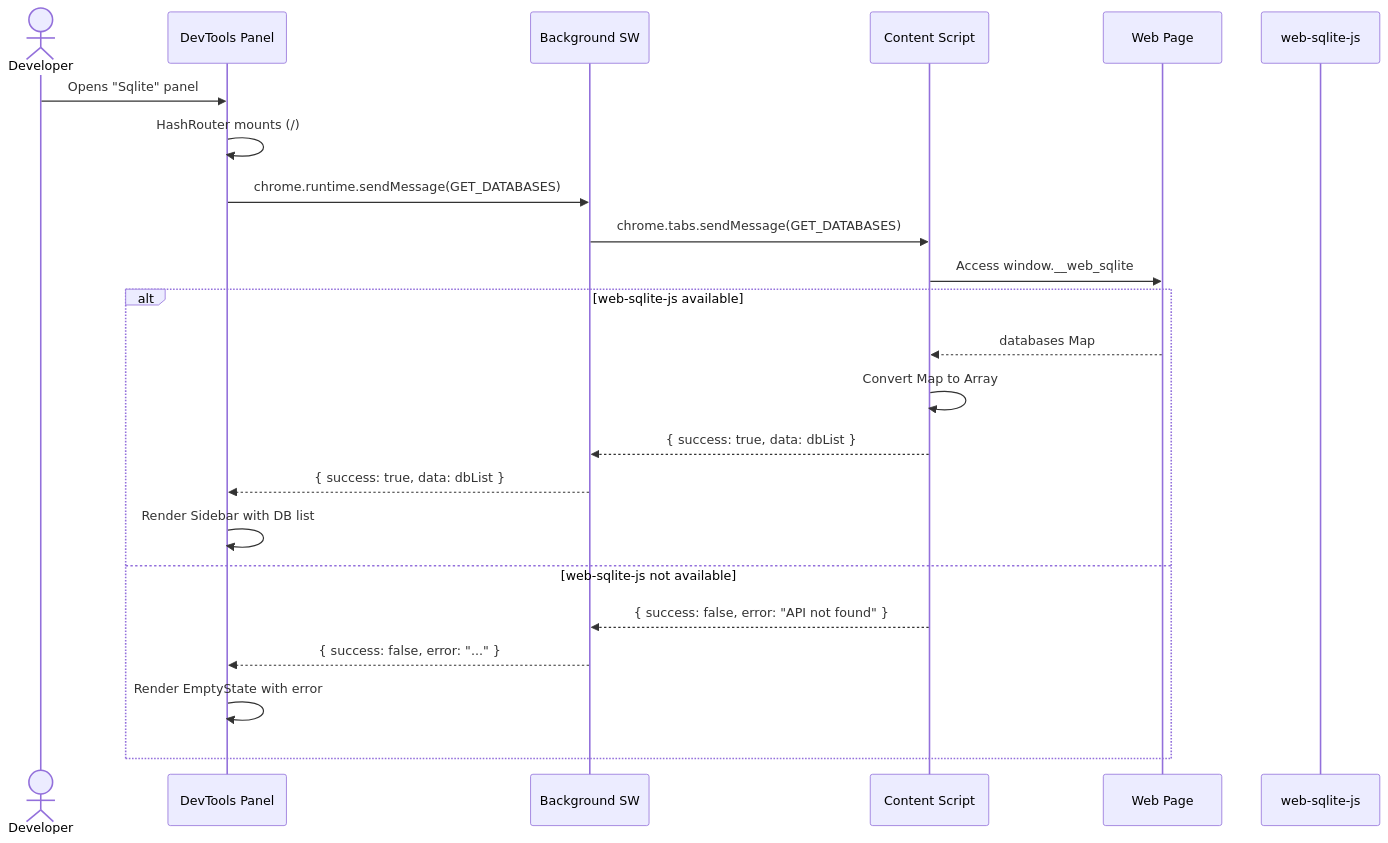
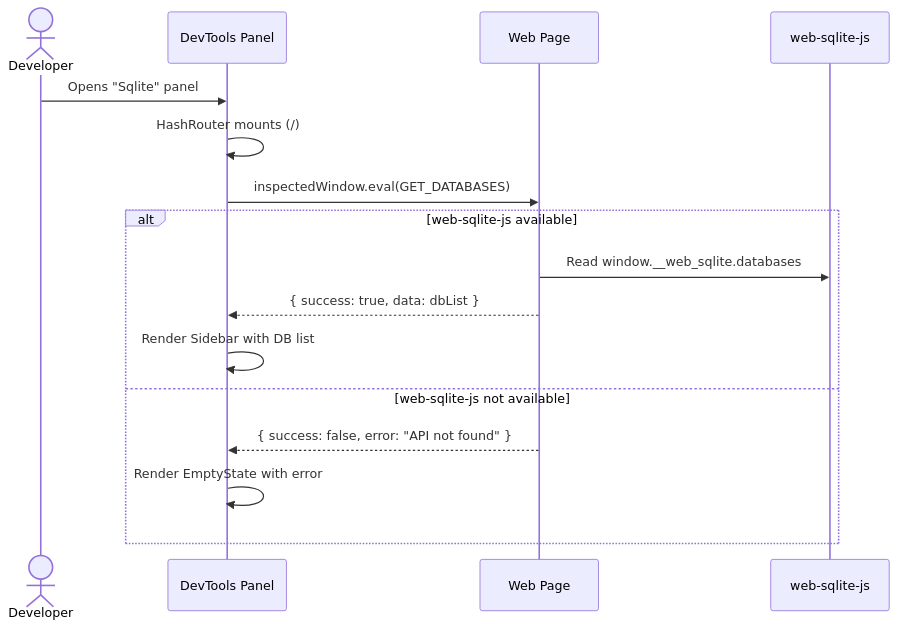
The first of 13 diagrams in agent-docs/03-architecture/02-dataflow.md (wuchuheng/web-sqlite-js-devtools), drawn with Mermaid before and after one commit. The commit also changed other lines of this file and 33 other files, not shown here.

First line of the commit message:
feat: refactor to inspectedWindow eval and complete TASK-05

````diff
--- a/agent-docs/03-architecture/02-dataflow.md
+++ b/agent-docs/03-architecture/02-dataflow.md
@@ -22,26 +25,19 @@
 ```mermaid
 sequenceDiagram
     actor Dev as Developer
     participant Panel as DevTools Panel
-    participant BG as Background SW
-    participant CS as Content Script
     participant Page as Web Page
     participant DB as web-sqlite-js
 
     Dev->>Panel: Opens "Sqlite" panel
     Panel->>Panel: HashRouter mounts (/)
-    Panel->>BG: chrome.runtime.sendMessage(GET_DATABASES)
-    BG->>CS: chrome.tabs.sendMessage(GET_DATABASES)
-    CS->>Page: Access window.__web_sqlite
+    Panel->>Page: inspectedWindow.eval(GET_DATABASES)
     alt web-sqlite-js available
-        Page-->>CS: databases Map
-        CS->>CS: Convert Map to Array
-        CS-->>BG: { success: true, data: dbList }
-        BG-->>Panel: { success: true, data: dbList }
+        Page->>DB: Read window.__web_sqlite.databases
+        Page-->>Panel: { success: true, data: dbList }
         Panel->>Panel: Render Sidebar with DB list
     else web-sqlite-js not available
-        CS-->>BG: { success: false, error: "API not found" }
-        BG-->>Panel: { success: false, error: "..." }
+        Page-->>Panel: { success: false, error: "API not found" }
         Panel->>Panel: Render EmptyState with error
     end
 ```
````
